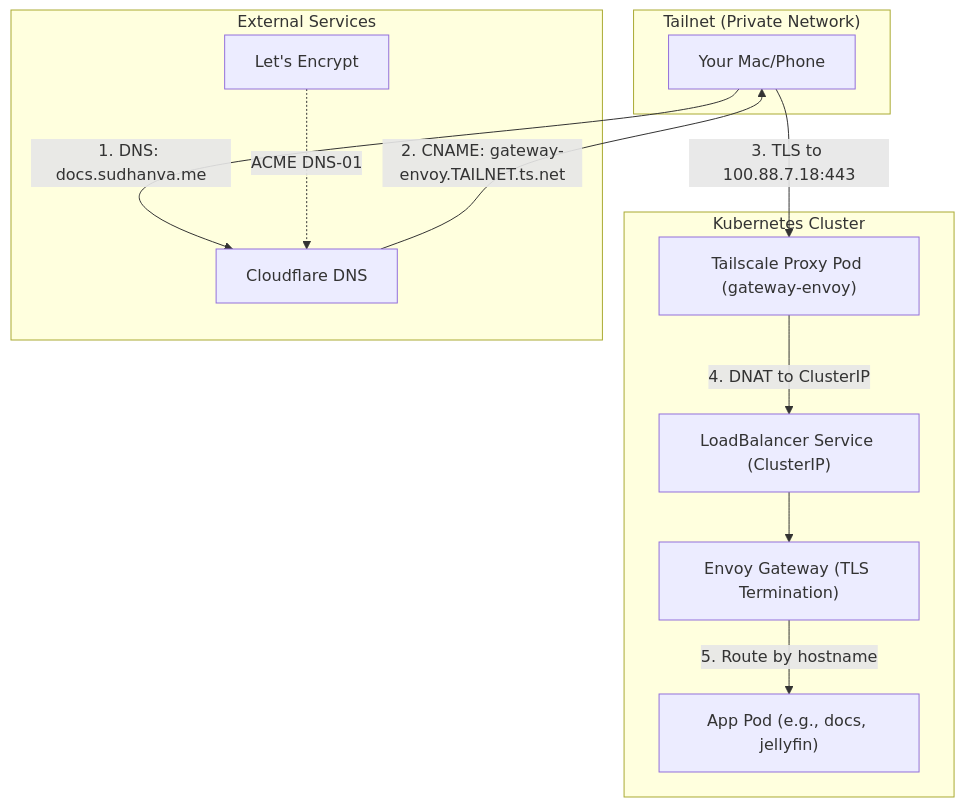
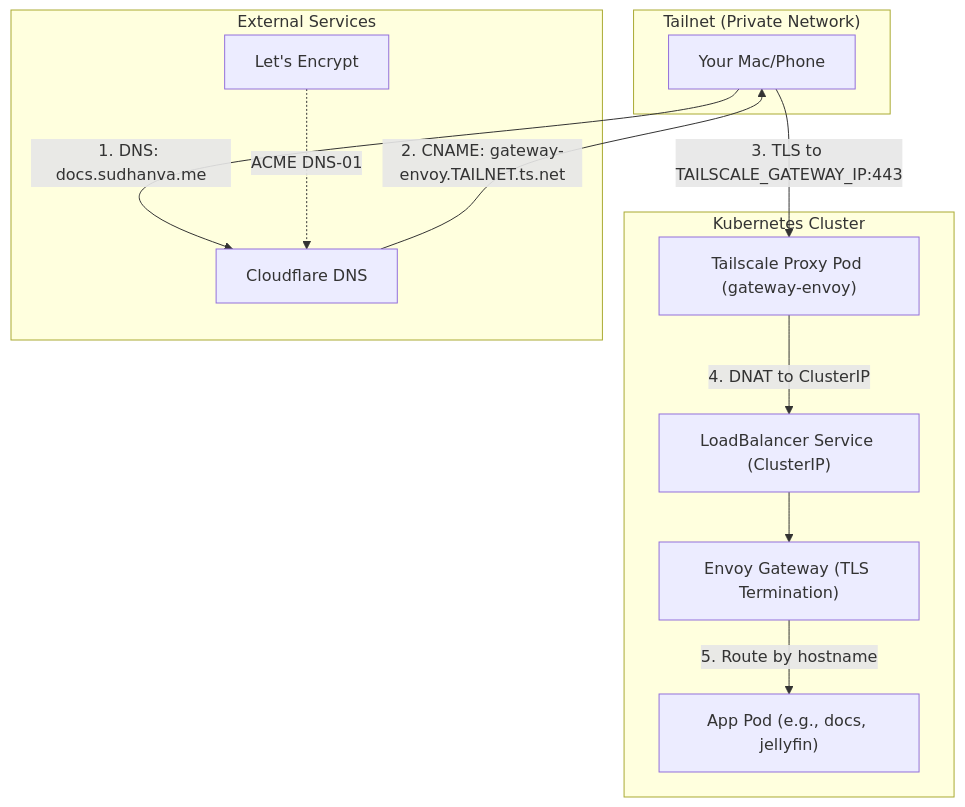
One commit to nsudhanva/homelab changed the first of 4 diagrams in docs/docs/explanation/gateway-networking.md. Above: the diagram before and after it, drawn with Mermaid. The commit also changed other lines of this file and 5 other files, not shown here.

````diff
--- a/docs/docs/explanation/gateway-networking.md
+++ b/docs/docs/explanation/gateway-networking.md
@@ -14,27 +14,27 @@
 ```mermaid
 flowchart TB
     subgraph Tailnet["Tailnet (Private Network)"]
         Client["Your Mac/Phone"]
     end
 
     subgraph Cluster["Kubernetes Cluster"]
         TS["Tailscale Proxy Pod (gateway-envoy)"]
         SVC["LoadBalancer Service (ClusterIP)"]
         ENVOY["Envoy Gateway (TLS Termination)"]
         APP["App Pod (e.g., docs, jellyfin)"]
     end
 
     subgraph External["External Services"]
         CF["Cloudflare DNS"]
         LE["Let's Encrypt"]
     end
 
     Client -->|"1. DNS: docs.sudhanva.me"| CF
     CF -->|"2. CNAME: gateway-envoy.TAILNET.ts.net"| Client
-    Client -->|"3. TLS to 100.88.7.18:443"| TS
+    Client -->|"3. TLS to TAILSCALE_GATEWAY_IP:443"| TS
     TS -->|"4. DNAT to ClusterIP"| SVC
     SVC --> ENVOY
     ENVOY -->|"5. Route by hostname"| APP
 
     LE -.->|"ACME DNS-01"| CF
 ```
````
